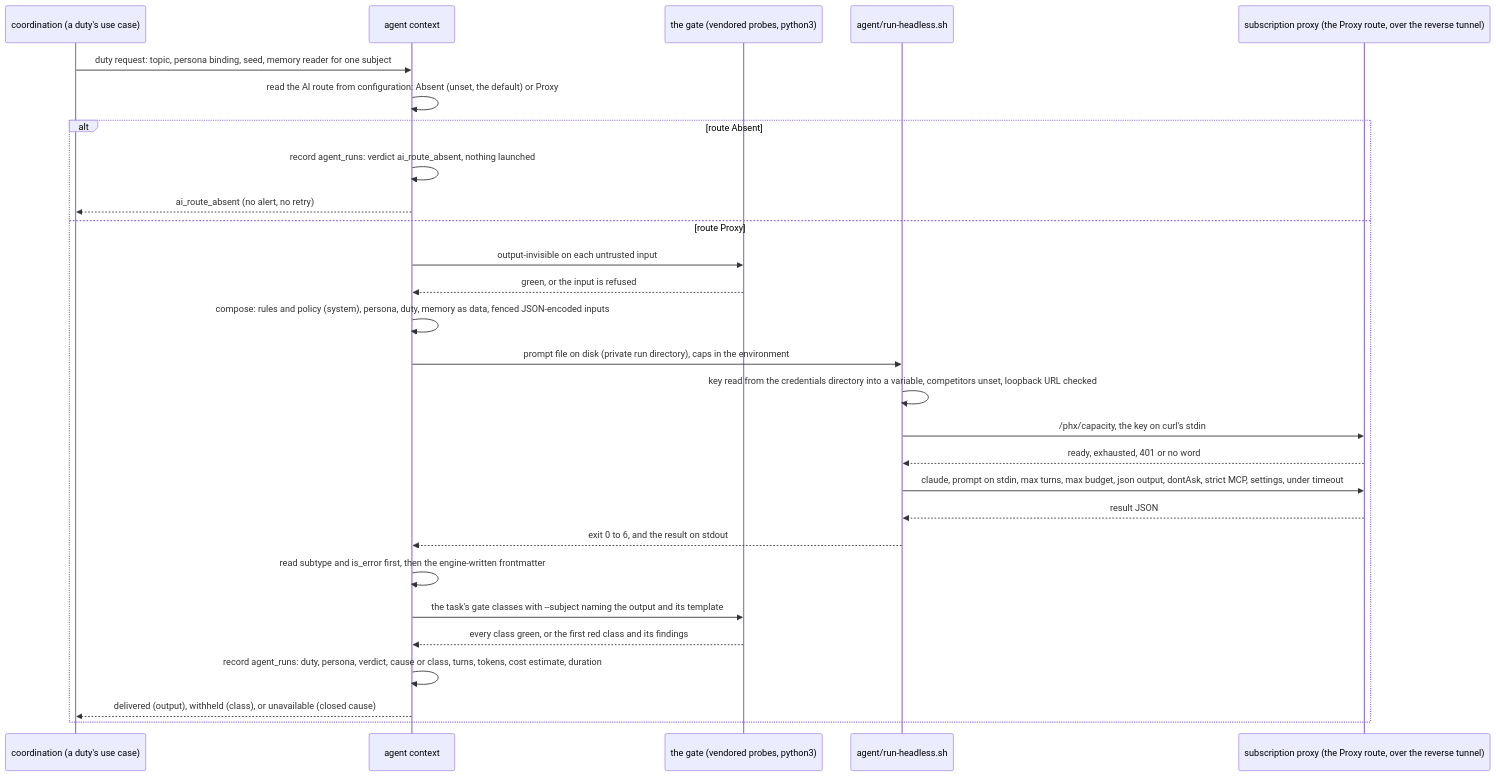
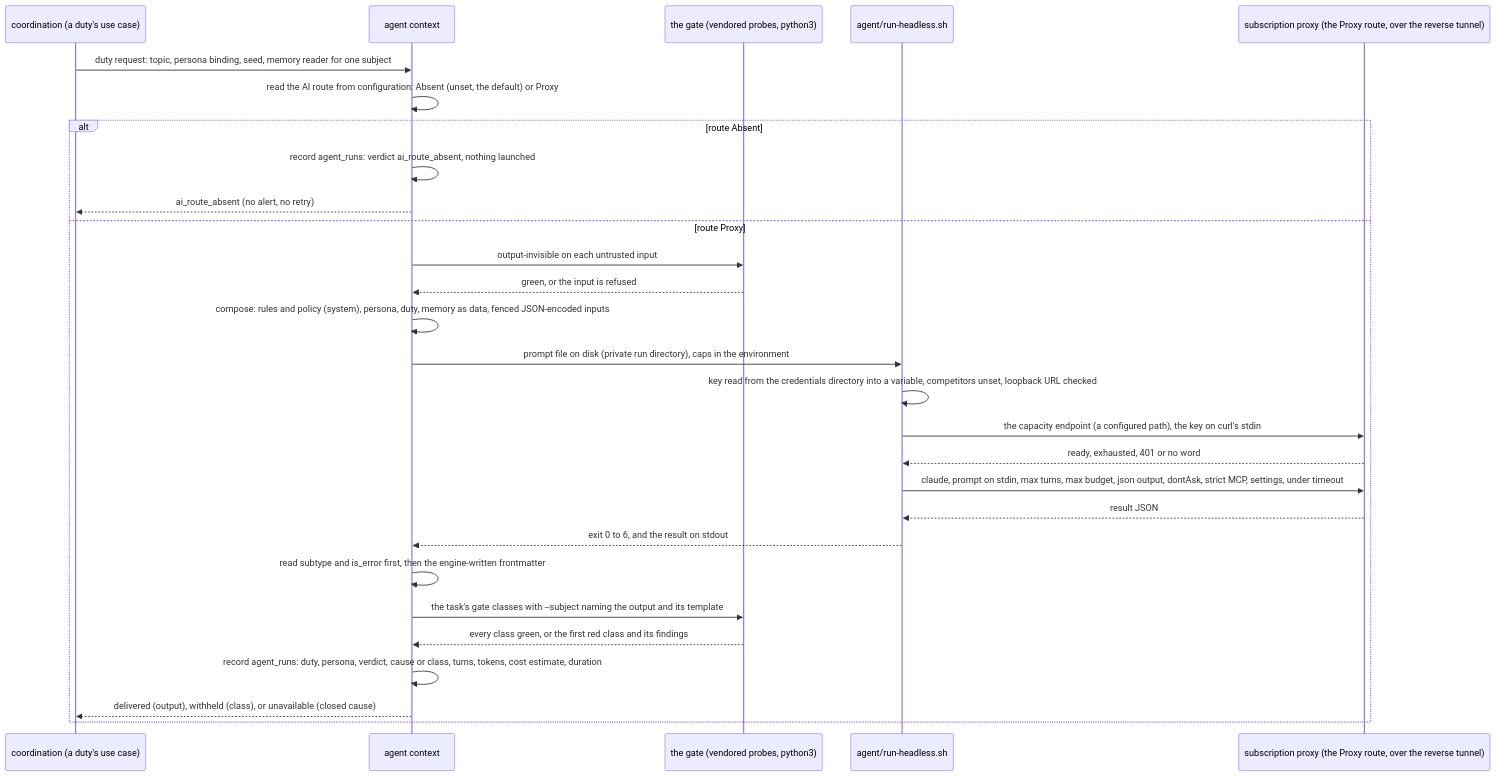
One commit to RexRenatus/deck-streak changed the diagram in docs/schematics/agent-duty-run.md. Above: the diagram before and after it, drawn with Mermaid. The commit also changed 17 other files, not shown here.

````diff
--- a/docs/schematics/agent-duty-run.md
+++ b/docs/schematics/agent-duty-run.md
@@ -9,30 +9,30 @@
 ```mermaid
 sequenceDiagram
   participant C as coordination (a duty's use case)
   participant A as agent context
   participant G as the gate (vendored probes, python3)
   participant R as agent/run-headless.sh
   participant P as subscription proxy (the Proxy route, over the reverse tunnel)
   C->>A: duty request: topic, persona binding, seed, memory reader for one subject
   A->>A: read the AI route from configuration: Absent (unset, the default) or Proxy
   alt route Absent
     A->>A: record agent_runs: verdict ai_route_absent, nothing launched
     A-->>C: ai_route_absent (no alert, no retry)
   else route Proxy
     A->>G: output-invisible on each untrusted input
     G-->>A: green, or the input is refused
     A->>A: compose: rules and policy (system), persona, duty, memory as data, fenced JSON-encoded inputs
     A->>R: prompt file on disk (private run directory), caps in the environment
     R->>R: key read from the credentials directory into a variable, competitors unset, loopback URL checked
-    R->>P: /phx/capacity, the key on curl's stdin
+    R->>P: the capacity endpoint (a configured path), the key on curl's stdin
     P-->>R: ready, exhausted, 401 or no word
     R->>P: claude, prompt on stdin, max turns, max budget, json output, dontAsk, strict MCP, settings, under timeout
     P-->>R: result JSON
     R-->>A: exit 0 to 6, and the result on stdout
     A->>A: read subtype and is_error first, then the engine-written frontmatter
     A->>G: the task's gate classes with --subject naming the output and its template
     G-->>A: every class green, or the first red class and its findings
     A->>A: record agent_runs: duty, persona, verdict, cause or class, turns, tokens, cost estimate, duration
     A-->>C: delivered (output), withheld (class), or unavailable (closed cause)
   end
 ```
````
